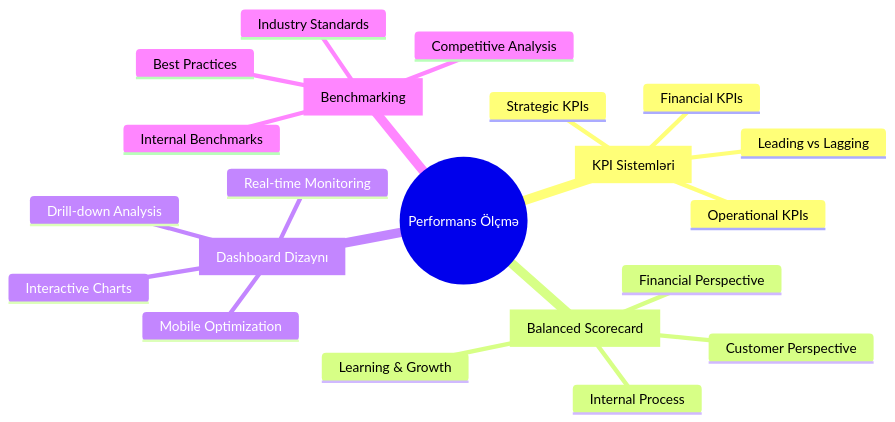
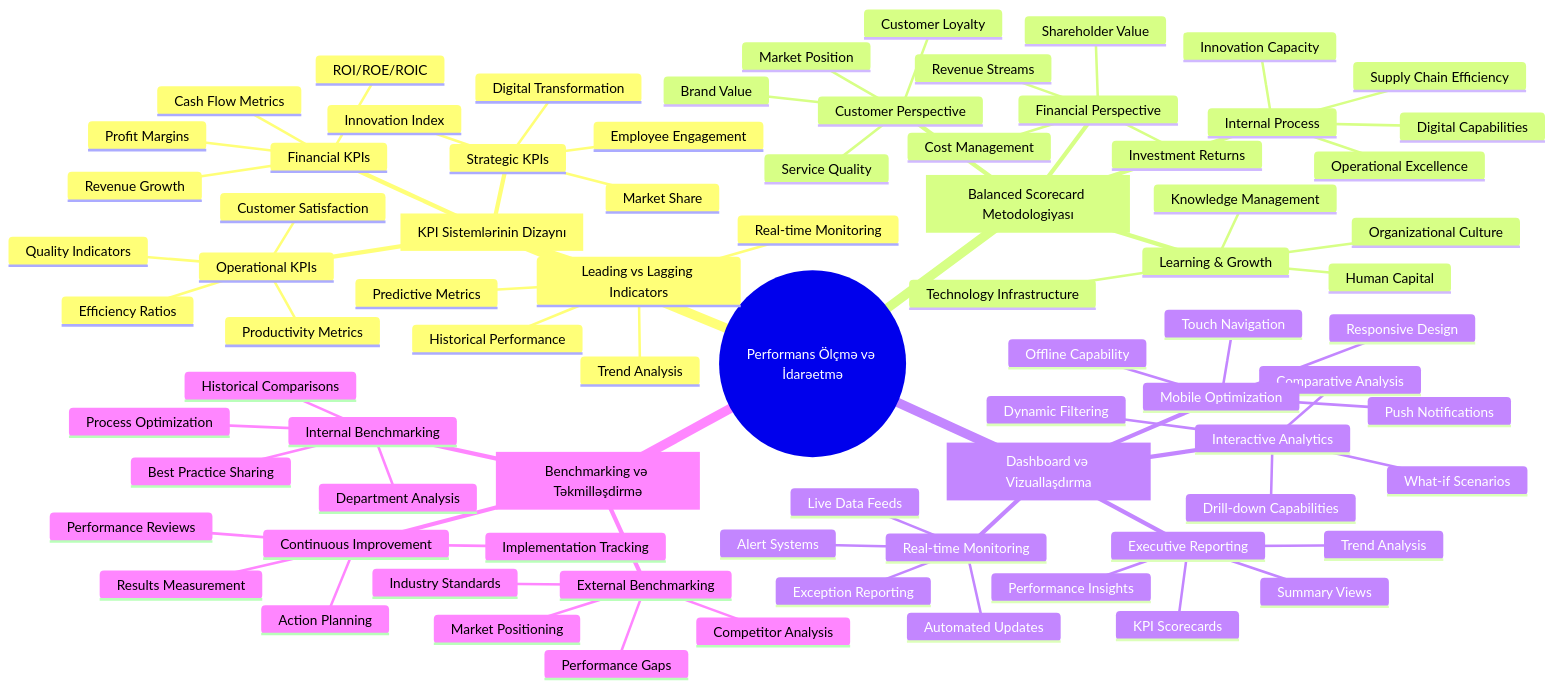
The first of 12 diagrams in idareetme-ucotu/modul3-performans/README.md (nes10r/D-A-e-m-hasibatl-q-f-nni), drawn with Mermaid before and after one commit. The commit also changed other lines of this file and 5 other files, not shown here.

Commit message:
TAM KURS PROQRAMI: 6 modullu İdarəetmə Uçotu və E-Mühasibatlıq fənni - Əsas README, Modul 6 praktik tətbiq, Modul 3 genişləndirildi, real layihələr və professional portfolio dəstəyi əlavə edildi

````diff
--- a/idareetme-ucotu/modul3-performans/README.md
+++ b/idareetme-ucotu/modul3-performans/README.md
@@ -13,24 +16,83 @@
 ```mermaid
 mindmap
-  root((Performans Ölçmə))
-    [KPI Sistemləri]
+  root((Performans Ölçmə və İdarəetmə))
+    [KPI Sistemlərinin Dizaynı]
       Financial KPIs
+        ROI/ROE/ROIC
+        Revenue Growth
+        Profit Margins
+        Cash Flow Metrics
       Operational KPIs
+        Productivity Metrics
+        Quality Indicators
+        Efficiency Ratios
+        Customer Satisfaction
       Strategic KPIs
-      Leading vs Lagging
-    [Balanced Scorecard]
+        Market Share
+        Innovation Index
+        Employee Engagement
+        Digital Transformation
+      Leading vs Lagging Indicators
+        Predictive Metrics
+        Historical Performance
+        Real-time Monitoring
+        Trend Analysis
+    [Balanced Scorecard Metodologiyası]
       Financial Perspective
+        Shareholder Value
+        Revenue Streams
+        Cost Management
+        Investment Returns
       Customer Perspective
+        Customer Loyalty
+        Market Position
+        Service Quality
+        Brand Value
       Internal Process
+        Operational Excellence
+        Innovation Capacity
+        Supply Chain Efficiency
+        Digital Capabilities
       Learning & Growth
-    [Dashboard Dizaynı]
+        Human Capital
+        Technology Infrastructure
+        Organizational Culture
+        Knowledge Management
+    [Dashboard və Vizuallaşdırma]
       Real-time Monitoring
-      Interactive Charts
-      Drill-down Analysis
+        Live Data Feeds
+        Automated Updates
+        Alert Systems
+        Exception Reporting
+      Interactive Analytics
+        Drill-down Capabilities
+        Dynamic Filtering
+        Comparative Analysis
+        What-if Scenarios
       Mobile Optimization
-    [Benchmarking]
-      Internal Benchmarks
-      Industry Standards
-      Best Practices
-      Competitive Analysis
+        Responsive Design
+        Touch Navigation
+        Offline Capability
+        Push Notifications
+      Executive Reporting
+        Summary Views
+        KPI Scorecards
+        Trend Analysis
+        Performance Insights
+    [Benchmarking və Təkmilləşdirmə]
+      Internal Benchmarking
+        Historical Comparisons
+        Department Analysis
+        Process Optimization
+        Best Practice Sharing
+      External Benchmarking
+        Industry Standards
+        Competitor Analysis
+        Market Positioning
+        Performance Gaps
+      Continuous Improvement
+        Performance Reviews
+        Action Planning
+        Implementation Tracking
+        Results Measurement
 ```
````
